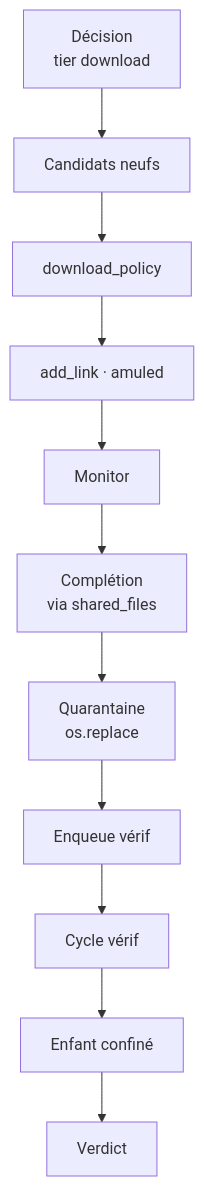
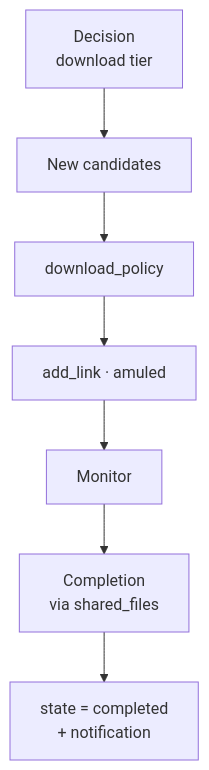
The eighth of 10 diagrams in docs/architecture.md (GeoffreyCoulaud/mulewatch), drawn with Mermaid before and after one commit. The commit also changed other lines of this file and 14 other files, not shown here.

````diff
--- a/docs/architecture.md
+++ b/docs/architecture.md
@@ -240,17 +243,13 @@
 ```mermaid
 flowchart TD
-  dec["Décision<br/>tier download"]
-  cand["Candidats neufs"]
+  dec["Decision<br/>download tier"]
+  cand["New candidates"]
   pol["download_policy"]
   add["add_link · amuled"]
   mon["Monitor"]
-  comp["Complétion<br/>via shared_files"]
-  quar["Quarantaine<br/>os.replace"]
-  enq["Enqueue vérif"]
-  ver["Cycle vérif"]
-  child["Enfant confiné"]
-  verd["Verdict"]
+  comp["Completion<br/>via shared_files"]
+  done["state = completed<br/>+ notification"]
 
   dec --> cand --> pol --> add
-  add --> mon --> comp --> quar --> enq --> ver --> child --> verd
+  add --> mon --> comp --> done
 ```
````
